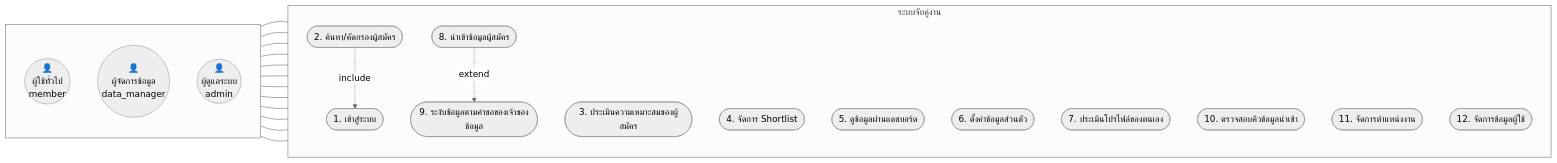
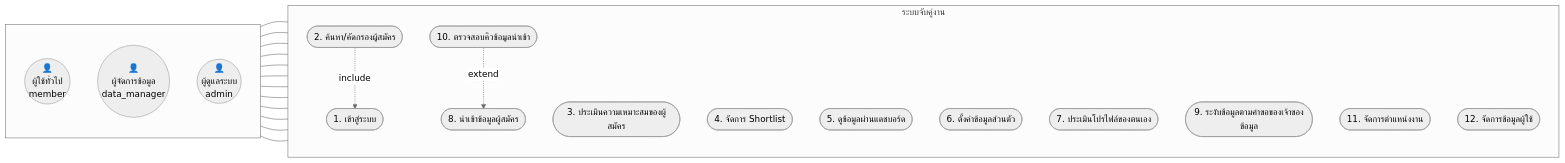
Before and after one commit to S-Tantiroj/skouth: the third of 10 diagrams in docs/thesis/2026-09-09-diagram-guide.md, drawn with Mermaid (neutral theme). The commit also changed other lines of this file and 41 other files, not shown here.

````diff
--- a/docs/thesis/2026-09-09-diagram-guide.md
+++ b/docs/thesis/2026-09-09-diagram-guide.md
@@ -278,43 +278,43 @@
 ```mermaid
 flowchart LR
     subgraph actors[" "]
         direction TB
         M(("👤<br>ผู้ใช้ทั่วไป<br>member"))
         D(("👤<br>ผู้จัดการข้อมูล<br>data_manager"))
         A(("👤<br>ผู้ดูแลระบบ<br>admin"))
     end
 
     subgraph sys["ระบบจับคู่งาน"]
         direction TB
         U1(["1. เข้าสู่ระบบ"])
         U7(["2. ค้นหา/คัดกรองผู้สมัคร"])
         U4(["3. ประเมินความเหมาะสมของผู้สมัคร"])
         U8(["4. จัดการ Shortlist"])
         U10(["5. ดูข้อมูลผ่านแดชบอร์ด"])
         U6(["6. ตั้งค่าข้อมูลส่วนตัว"])
         U11(["7. ประเมินโปรไฟล์ของตนเอง"])
         U3(["8. นำเข้าข้อมูลผู้สมัคร"])
         U12(["9. ระงับข้อมูลตามคำขอของเจ้าของข้อมูล"])
         U14(["10. ตรวจสอบคิวข้อมูลนำเข้า"])
         U13(["11. จัดการตำแหน่งงาน"])
         U2(["12. จัดการข้อมูลผู้ใช้"])
     end
 
     M --- U1
     M --- U7
     M --- U4
     M --- U8
     M --- U10
     M --- U6
     M --- U11
 
     D --- U3
     D --- U12
     D --- U14
     D --- U13
 
     A --- U2
 
-    U3 -.->|extend| U12
+    U14 -.->|extend| U3
     U7 -.->|include| U1
 ```
````
